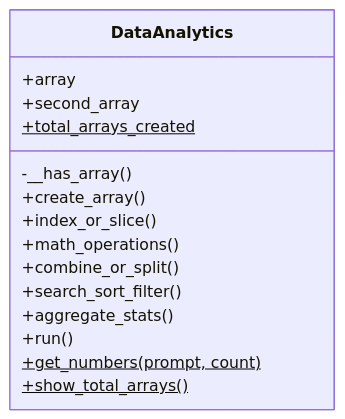
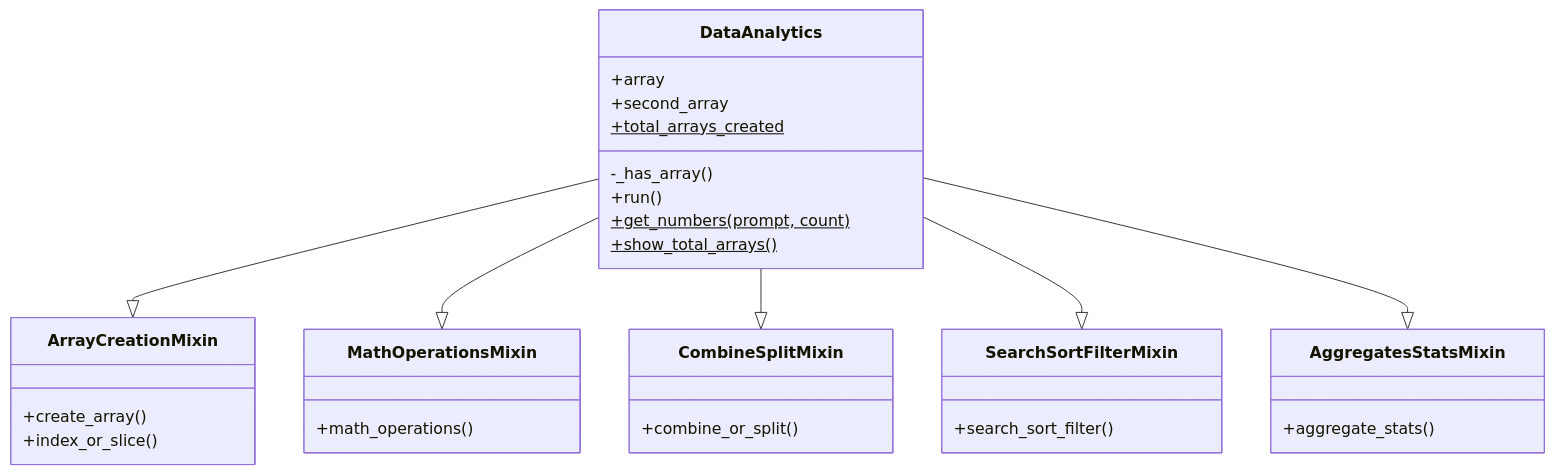
Before and after one commit to niharsheladiya/Numpy-Analyzer: the second of 2 diagrams in README.md, drawn with Mermaid. The commit also changed other lines of this file, not shown here.

````diff
--- a/README.md
+++ b/README.md
@@ -101,18 +101,34 @@
 ```mermaid
 classDiagram
+    DataAnalytics --|> ArrayCreationMixin
+    DataAnalytics --|> MathOperationsMixin
+    DataAnalytics --|> CombineSplitMixin
+    DataAnalytics --|> SearchSortFilterMixin
+    DataAnalytics --|> AggregatesStatsMixin
+
     class DataAnalytics {
         +array
         +second_array
         +total_arrays_created$
-        -__has_array()
-        +create_array()
-        +index_or_slice()
-        +math_operations()
-        +combine_or_split()
-        +search_sort_filter()
-        +aggregate_stats()
+        -_has_array()
         +run()
         +get_numbers(prompt, count)$
         +show_total_arrays()$
     }
+    class ArrayCreationMixin {
+        +create_array()
+        +index_or_slice()
+    }
+    class MathOperationsMixin {
+        +math_operations()
+    }
+    class CombineSplitMixin {
+        +combine_or_split()
+    }
+    class SearchSortFilterMixin {
+        +search_sort_filter()
+    }
+    class AggregatesStatsMixin {
+        +aggregate_stats()
+    }
 ```
````
